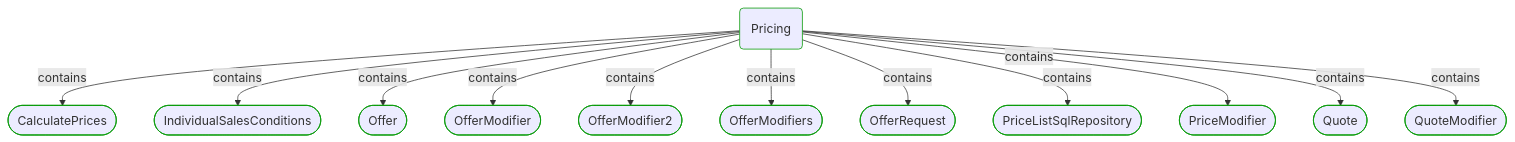
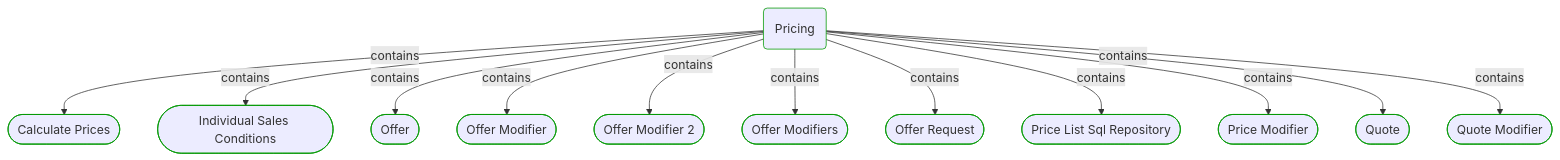
Before and after one commit to itlibrium/DDD-starter-dotnet: the third of 5 diagrams in Docs/P3/MermaidOutput/Modules/Sales/Pricing/Pricing.md, drawn with Mermaid. The commit also changed other lines of this file and 174 other files, not shown here.

````diff
--- a/Docs/P3/MermaidOutput/Modules/Sales/Pricing/Pricing.md
+++ b/Docs/P3/MermaidOutput/Modules/Sales/Pricing/Pricing.md
@@ -60,41 +63,41 @@
 ```mermaid
   flowchart TB
     0(Pricing)
     class 0 DomainPerspective
-    1([CalculatePrices])
+    1([Calculate Prices])
     class 1 DomainPerspective
     0-->|contains|1
-    2([IndividualSalesConditions])
+    2([Individual Sales Conditions])
     class 2 DomainPerspective
     0-->|contains|2
     3([Offer])
     class 3 DomainPerspective
     0-->|contains|3
-    4([OfferModifier])
+    4([Offer Modifier])
     class 4 DomainPerspective
     0-->|contains|4
-    5([OfferModifier2])
+    5([Offer Modifier 2])
     class 5 DomainPerspective
     0-->|contains|5
-    6([OfferModifiers])
+    6([Offer Modifiers])
     class 6 DomainPerspective
     0-->|contains|6
-    7([OfferRequest])
+    7([Offer Request])
     class 7 DomainPerspective
     0-->|contains|7
-    8([PriceListSqlRepository])
+    8([Price List Sql Repository])
     class 8 DomainPerspective
     0-->|contains|8
-    9([PriceModifier])
+    9([Price Modifier])
     class 9 DomainPerspective
     0-->|contains|9
     10([Quote])
     class 10 DomainPerspective
     0-->|contains|10
-    11([QuoteModifier])
+    11([Quote Modifier])
     class 11 DomainPerspective
     0-->|contains|11
     classDef DomainPerspective stroke:#009900
     classDef TechnologyPerspective stroke:#1F41EB
     classDef PeoplePerspective stroke:#FFF014
 ```
````
